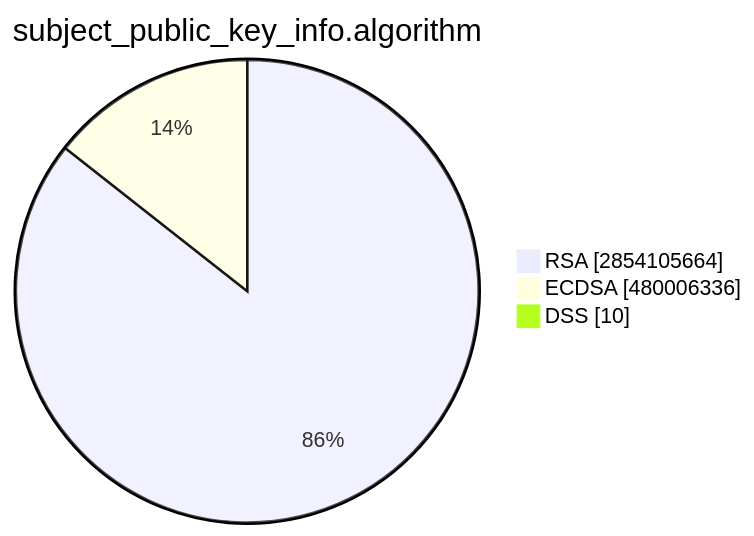
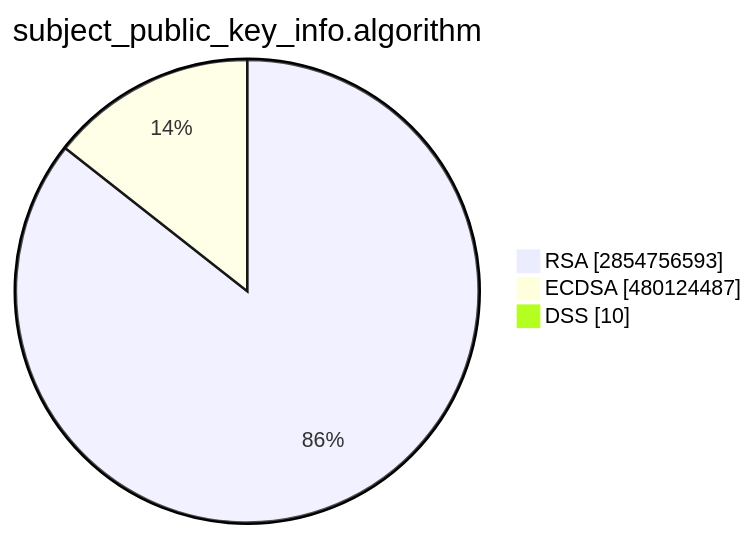
Before and after one commit to christiankrug/ctmonitor_visualization: the second of 15 diagrams in TOTAL/README.md, drawn with Mermaid. The commit also changed other lines of this file, not shown here.

````diff
--- a/TOTAL/README.md
+++ b/TOTAL/README.md
@@ -6,7 +6,7 @@
 ```mermaid
 pie showData
 title subject_public_key_info.algorithm
-"RSA" :2854105664
-"ECDSA" :480006336
+"RSA" :2854756593
+"ECDSA" :480124487
 "DSS" :10
 ```
````
